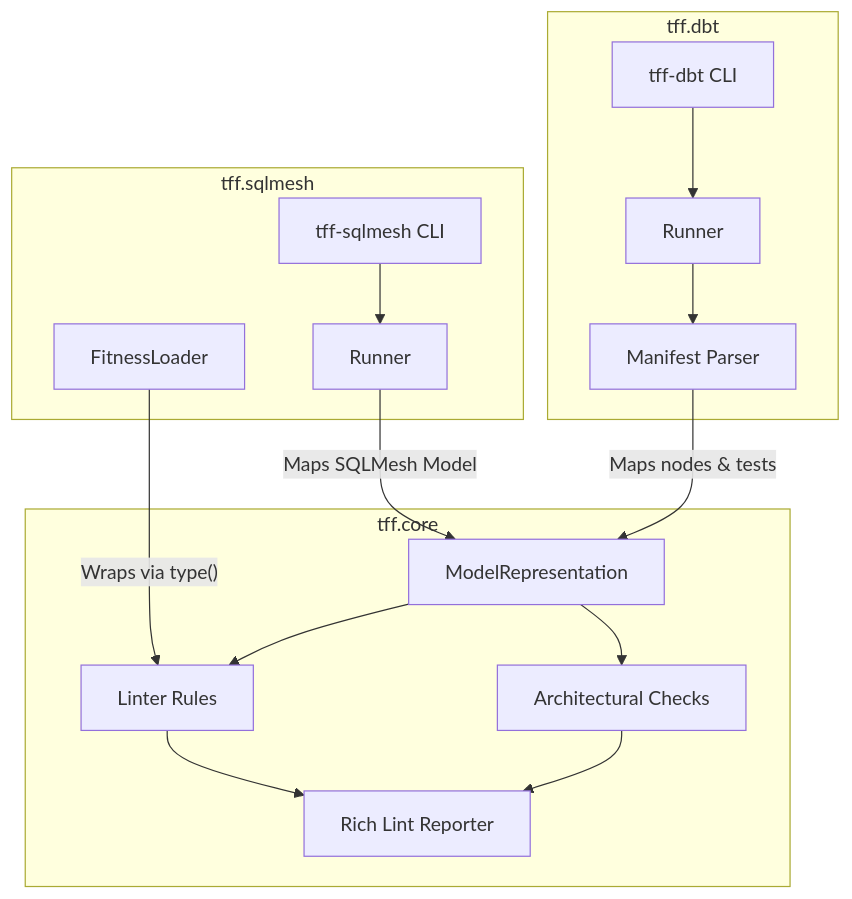
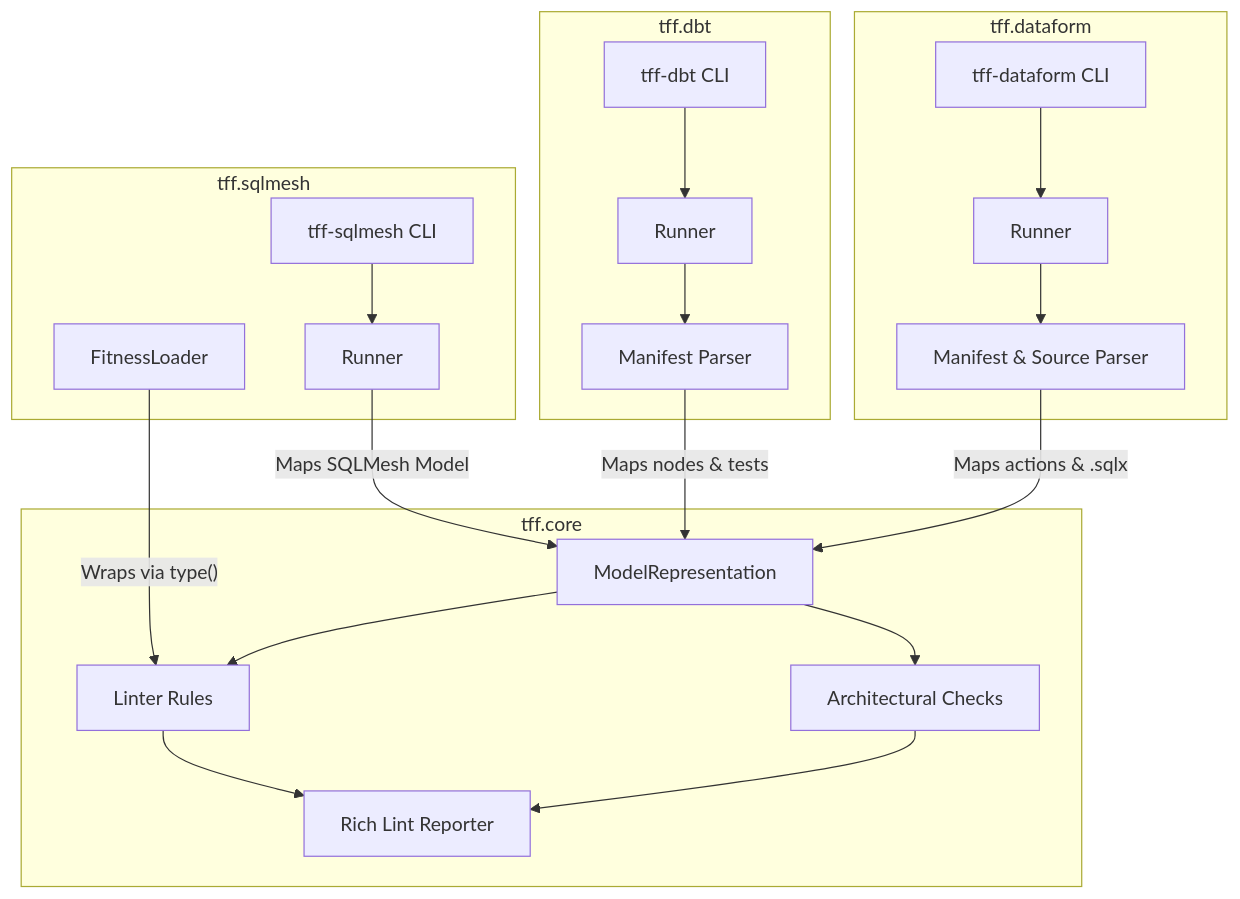
Before and after one commit to tjirab/tff: the diagram in docs/contributing.md, drawn with Mermaid. The commit also changed other lines of this file and 24 other files, not shown here.

Commit message:
feat(dataform): support Google Cloud Dataform projects (tff#137) (#142)

````diff
--- a/docs/contributing.md
+++ b/docs/contributing.md
@@ -11,26 +11,32 @@
 ```mermaid
 graph TD
     subgraph Core Engine [tff.core]
         Model[ModelRepresentation]
         Rules[Linter Rules]
         Checks[Architectural Checks]
         Report[Rich Lint Reporter]
     end
 
     subgraph SQLMesh Adapter [tff.sqlmesh]
         SM_Loader[FitnessLoader] -->|"Wraps via type()"| Rules
         SM_Runner[Runner] -->|"Maps SQLMesh Model"| Model
         SM_CLI[tff-sqlmesh CLI] --> SM_Runner
     end
 
     subgraph dbt Adapter [tff.dbt]
         DBT_Manifest[Manifest Parser] -->|"Maps nodes & tests"| Model
         DBT_Runner[Runner] --> DBT_Manifest
         DBT_CLI[tff-dbt CLI] --> DBT_Runner
     end
+
+    subgraph Dataform Adapter [tff.dataform]
+        DF_Manifest[Manifest & Source Parser] -->|"Maps actions & .sqlx"| Model
+        DF_Runner[Runner] --> DF_Manifest
+        DF_CLI[tff-dataform CLI] --> DF_Runner
+    end
     
     Model --> Rules
     Model --> Checks
     Rules --> Report
     Checks --> Report
 ```
````
